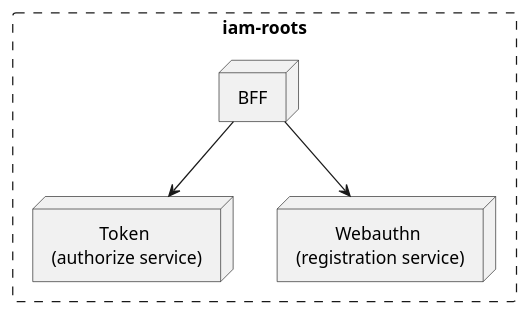
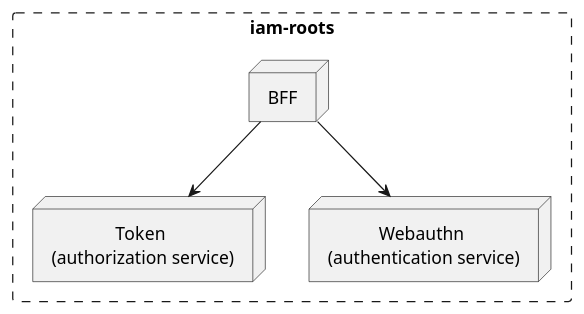
Before and after one commit to areugoh/proto: the first of 3 diagrams in proto/iam-roots/api/v1/design-doc.md, drawn with PlantUML. The commit also changed other lines of this file, not shown here.

````diff
--- a/proto/iam-roots/api/v1/design-doc.md
+++ b/proto/iam-roots/api/v1/design-doc.md
@@ -7,15 +7,15 @@
 ```plantuml
 @startuml structure-details
 skinparam monochome false
 skinparam BoxPadding 10
 skinparam defaultTextAlignment center
 
 rectangle iam-roots #line.dashed {
     node "BFF" as BFF
-    node "Token \n(authorize service)" as T
-    node "Webauthn \n(registration service)" as WA
+    node "Token \n(authorization service)" as T
+    node "Webauthn \n(authentication service)" as WA
 
     BFF -d-> T
     BFF -d-> WA
 }
 ```
````
